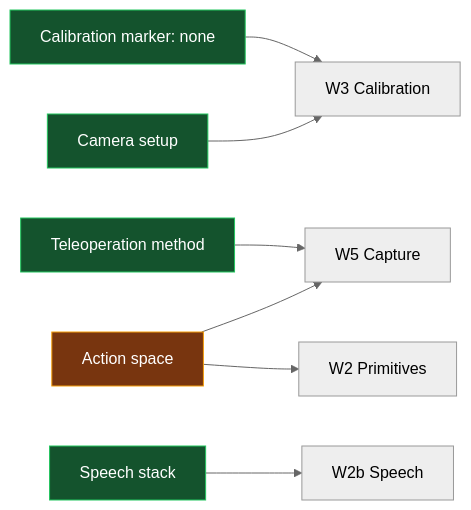
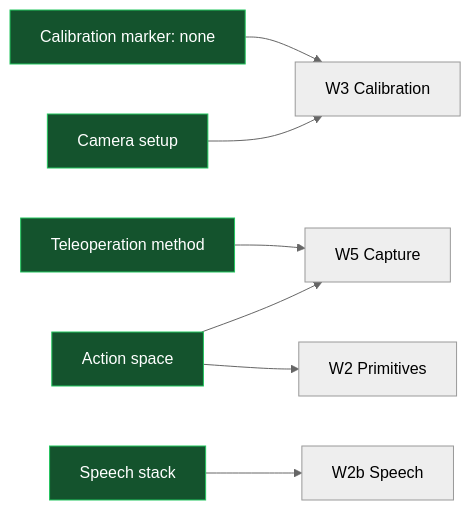
One commit to jjietay/fyp-vla-ur5e changed the third of 3 diagrams in docs/plan_vault/Flowchart of Architecture and Dependencies.md. Above: the diagram before and after it, drawn with Mermaid (neutral theme). The commit also changed other lines of this file and 36 other files, not shown here.

````diff
--- a/docs/plan_vault/Flowchart of Architecture and Dependencies.md
+++ b/docs/plan_vault/Flowchart of Architecture and Dependencies.md
@@ -91,12 +92,12 @@
 ```mermaid
 flowchart LR
     MARK[Calibration marker: none]:::ok --> W3[W3 Calibration]
     CAM[Camera setup]:::ok --> W3
     TELE[Teleoperation method]:::ok --> W5[W5 Capture]
-    ACT[Action space]:::pending --> W5
+    ACT[Action space]:::ok --> W5
     ACT --> W2[W2 Primitives]
     SPEECH[Speech stack]:::ok --> W2B[W2b Speech]
 
     classDef ok fill:#14532d,stroke:#22c55e,color:#fff
     classDef pending fill:#78350f,stroke:#f59e0b,color:#fff
 ```
````
